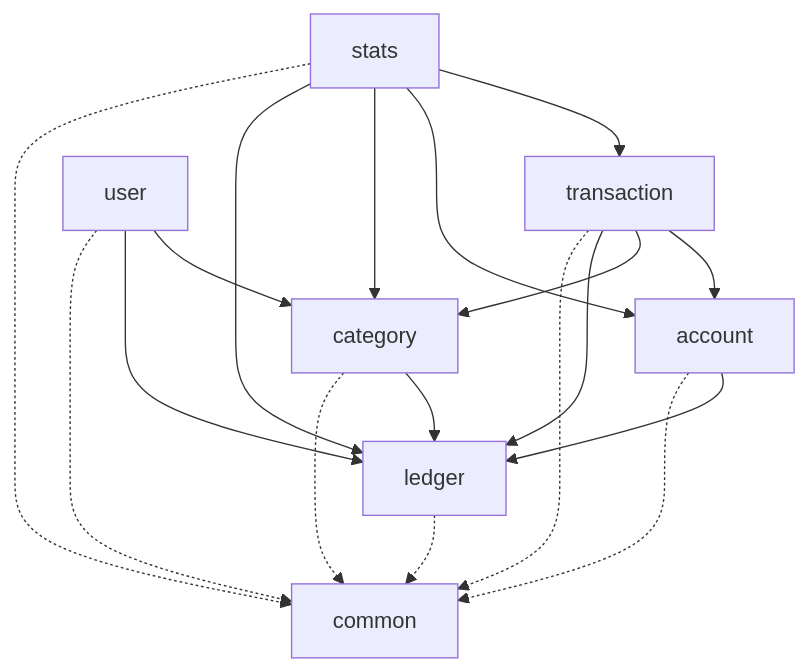
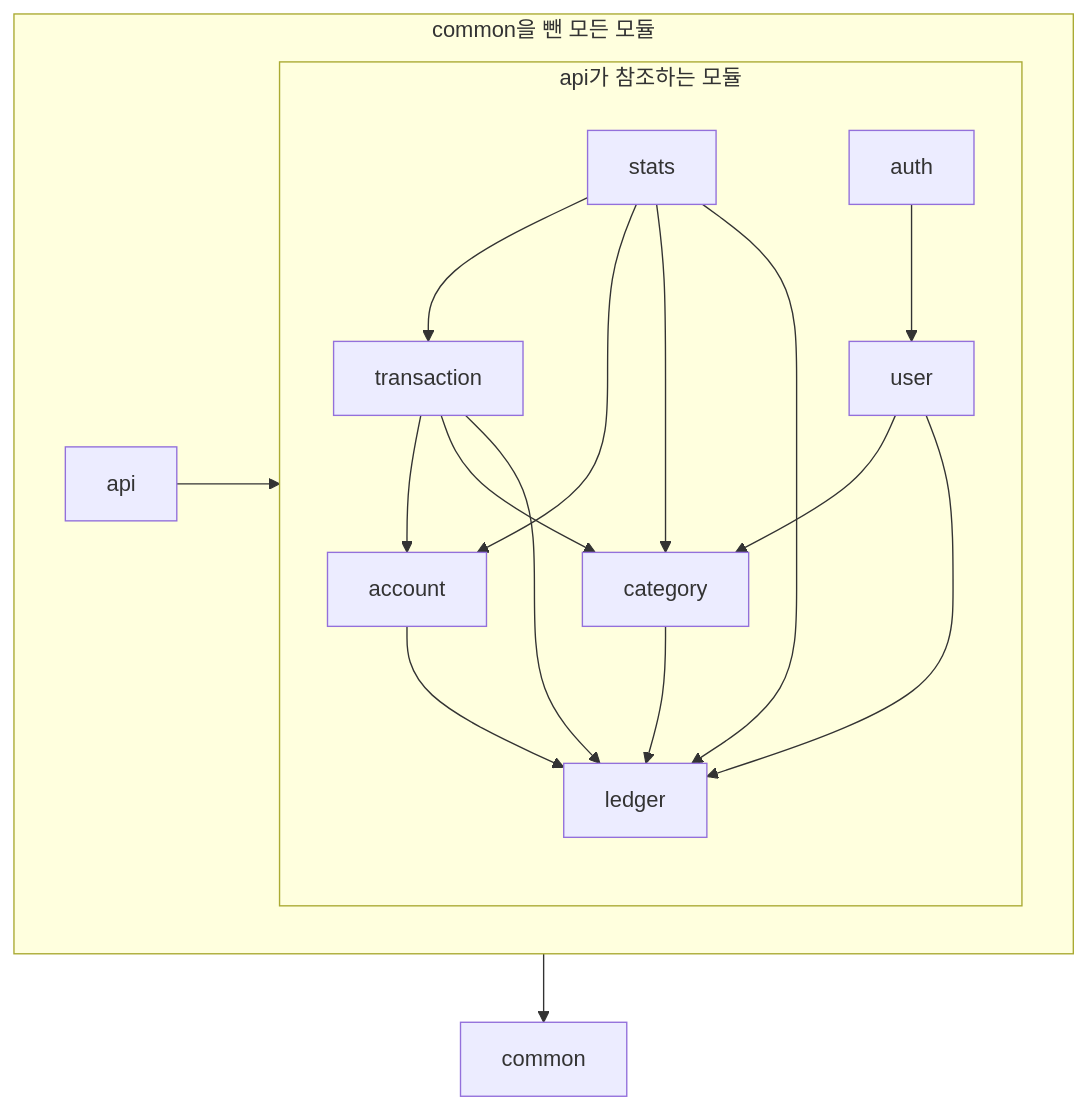
The diagram in docs/adr/004-module-boundaries.md (lomong7807/akkimpyo), drawn with Mermaid before and after one commit. The commit also changed other lines of this file, not shown here.

First line of the commit message:
ADR 004: 웹 계층은 api, 인증은 auth 모듈에 두고 검사를 허용 목록으로 바꾼다

````diff
--- a/docs/adr/004-module-boundaries.md
+++ b/docs/adr/004-module-boundaries.md
@@ -51,20 +52,21 @@
 ```mermaid
 flowchart TD
-    stats --> transaction
-    stats --> account
-    stats --> category
-    stats --> ledger
-    transaction --> account
-    transaction --> category
-    transaction --> ledger
-    user --> category
-    user --> ledger
-    account --> ledger
-    category --> ledger
-    stats -.-> common
-    transaction -.-> common
-    user -.-> common
-    account -.-> common
-    category -.-> common
-    ledger -.-> common
+    subgraph all["common을 뺀 모든 모듈"]
+        api --> rest
+        subgraph rest["api가 참조하는 모듈"]
+            stats --> transaction
+            stats --> account
+            stats --> category
+            stats --> ledger
+            transaction --> account
+            transaction --> category
+            transaction --> ledger
+            auth --> user
+            user --> category
+            user --> ledger
+            account --> ledger
+            category --> ledger
+        end
+    end
+    all --> common
 ```
````
